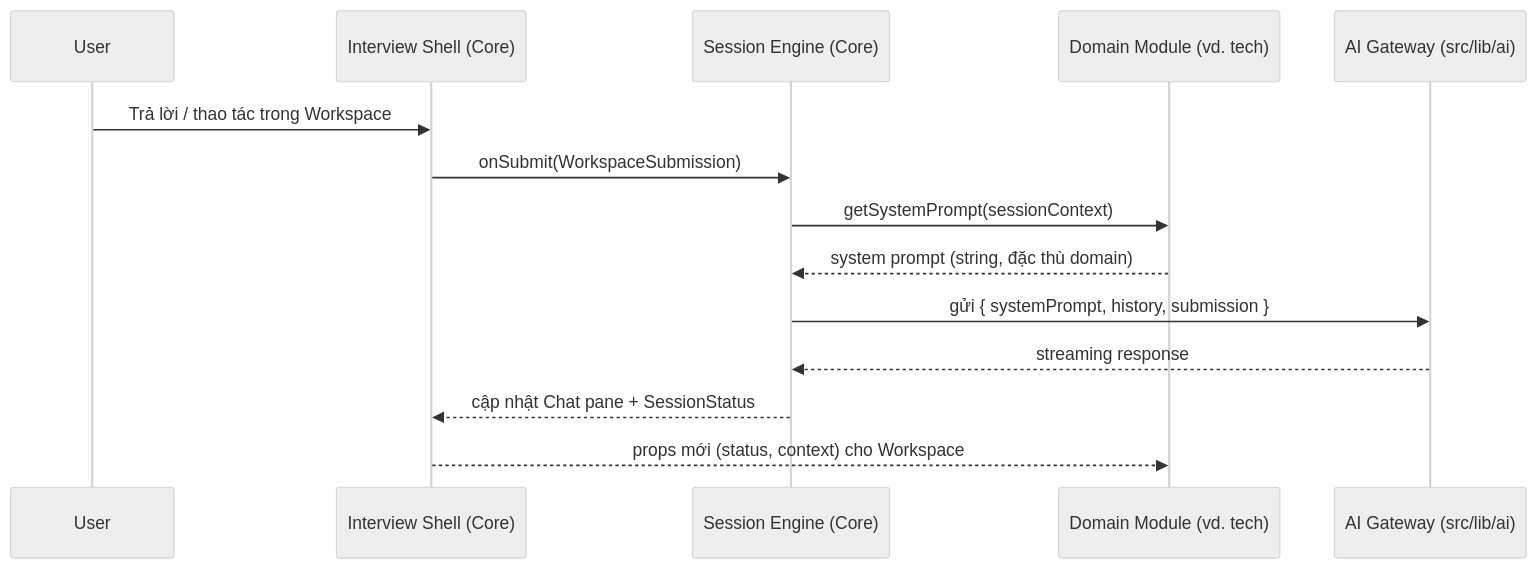
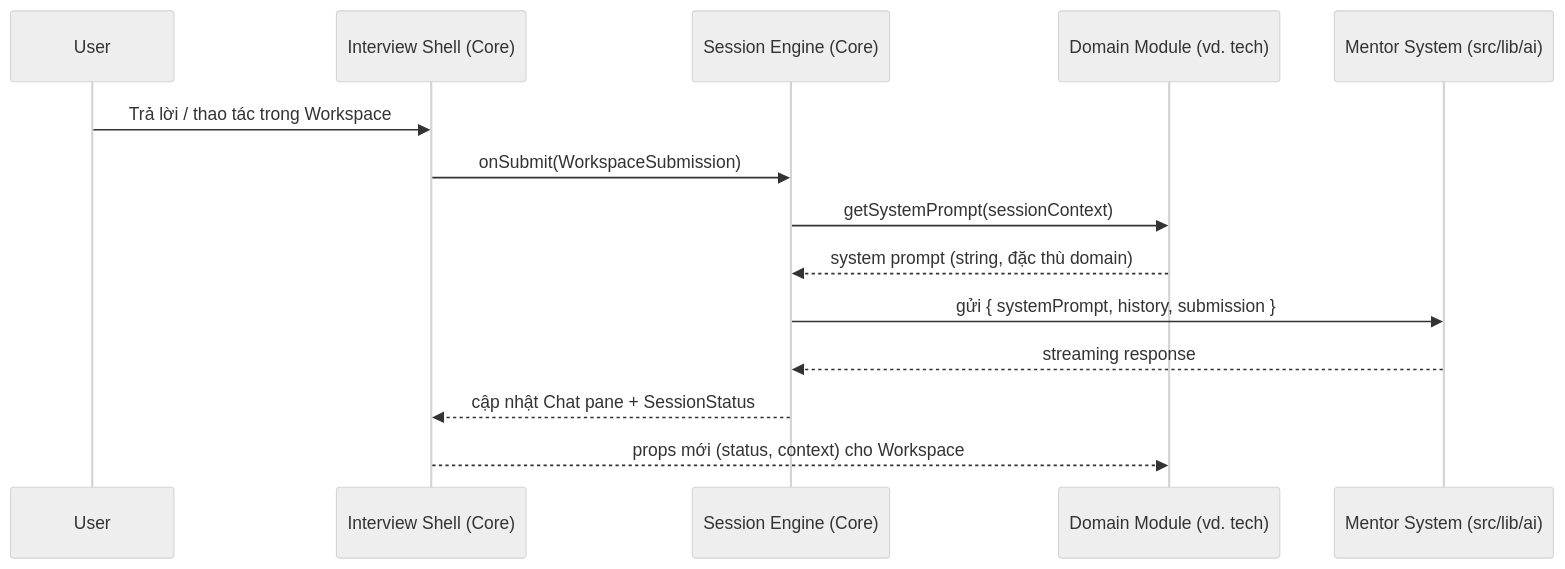
The second of 2 diagrams in docs/hla.md (khiemnguyenyara/vibe-check), drawn with Mermaid (neutral theme) before and after one commit. The commit also changed other lines of this file and 24 other files, not shown here.

````diff
--- a/docs/hla.md
+++ b/docs/hla.md
@@ -67,17 +67,17 @@
 ```mermaid
 sequenceDiagram
     participant U as User
     participant Shell as Interview Shell (Core)
     participant Engine as Session Engine (Core)
     participant Mod as Domain Module (vd. tech)
-    participant AI as AI Gateway (src/lib/ai)
+    participant Mentor as Mentor System (src/lib/ai)
 
     U->>Shell: Trả lời / thao tác trong Workspace
     Shell->>Engine: onSubmit(WorkspaceSubmission)
     Engine->>Mod: getSystemPrompt(sessionContext)
     Mod-->>Engine: system prompt (string, đặc thù domain)
-    Engine->>AI: gửi { systemPrompt, history, submission }
-    AI-->>Engine: streaming response
+    Engine->>Mentor: gửi { systemPrompt, history, submission }
+    Mentor-->>Engine: streaming response
     Engine-->>Shell: cập nhật Chat pane + SessionStatus
     Shell-->>Mod: props mới (status, context) cho Workspace
 ```
````
